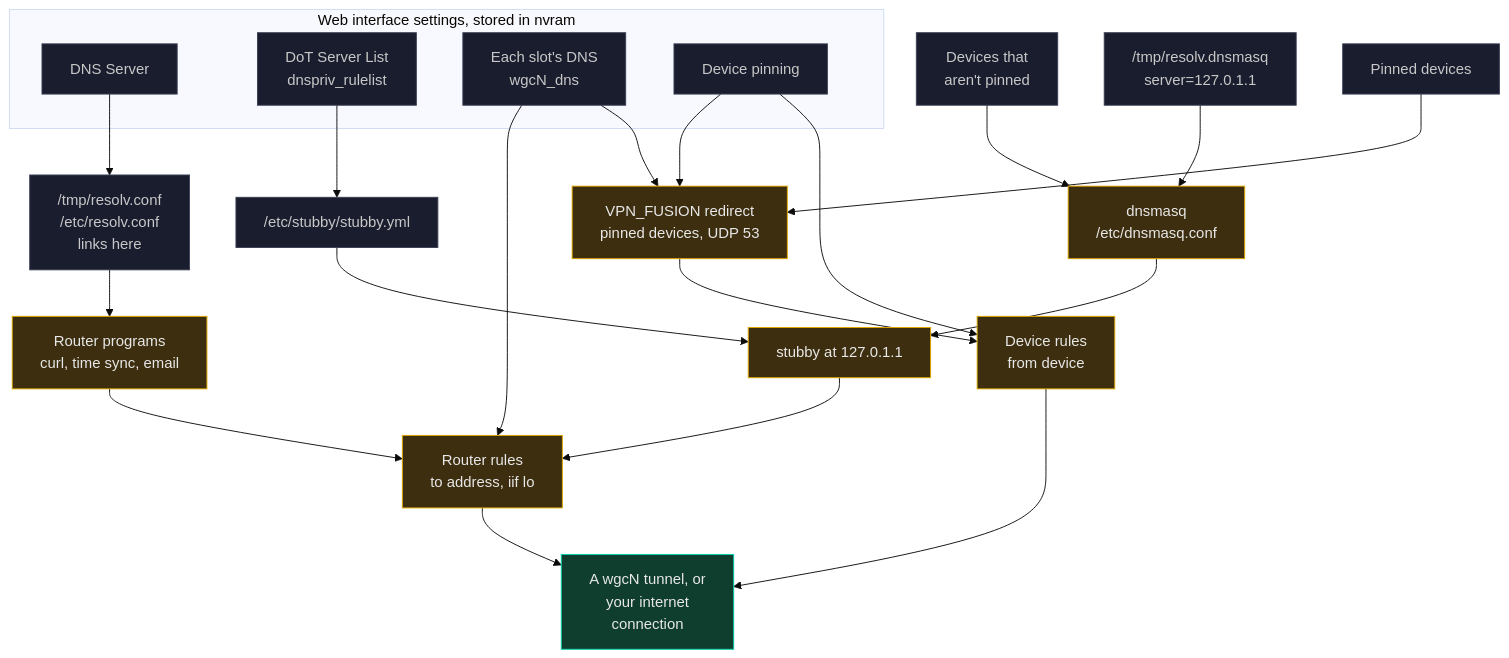
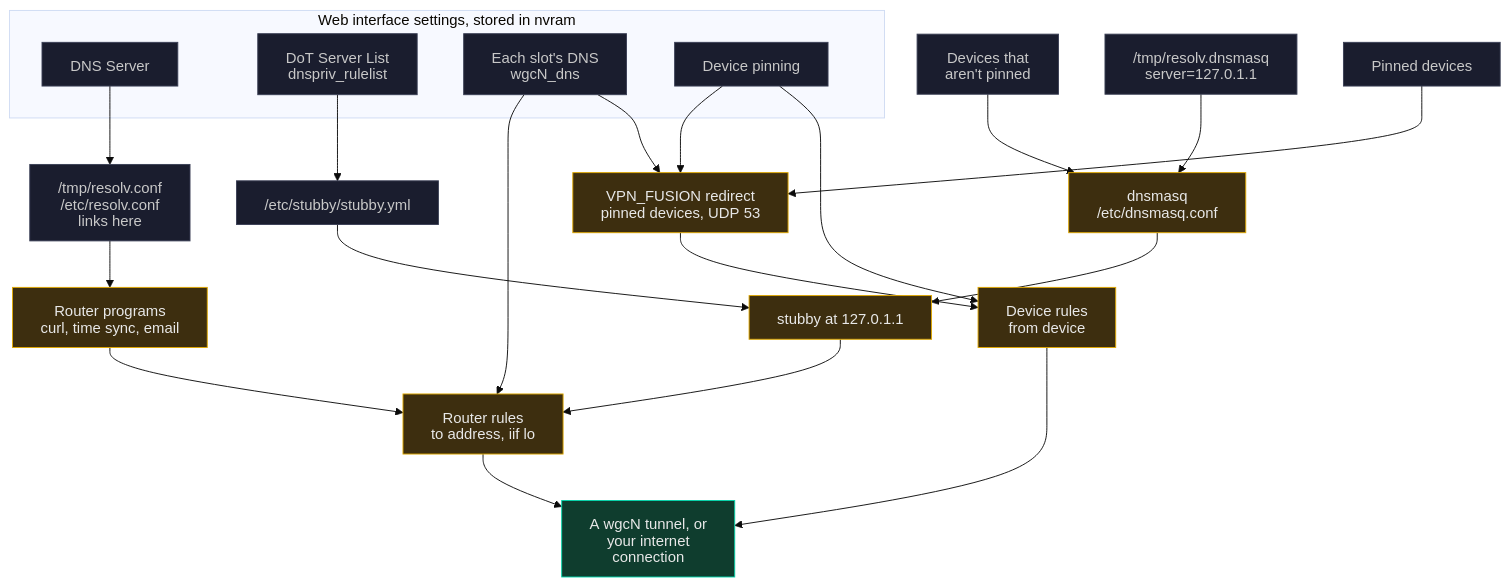
Before and after one commit to ExponentiallyDigital/cfg-pia-wg: the fifth of 5 diagrams in ROUTER-DNS.md, drawn with Mermaid (base theme). The commit also changed other lines of this file and 5 other files, not shown here.

Commit message:
v0.8.188 build 558 - Mermaid labels drawn as SVG text so they aren't clipped on Android, and README test figures updated

````diff
--- a/ROUTER-DNS.md
+++ b/ROUTER-DNS.md
@@ -239,34 +243,35 @@
 ```mermaid
+%%{init: {"htmlLabels": false, "flowchart": {"wrappingWidth": 400}}}%%
 flowchart TB
   subgraph settings ["Web interface settings, stored in nvram"]
     N1["DNS Server"]
     N2["DoT Server List<br/>dnspriv_rulelist"]
     N3["Each slot's DNS<br/>wgcN_dns"]
     N4["Device pinning"]
   end
   N1 --> F1["/tmp/resolv.conf<br/>/etc/resolv.conf<br/>links here"]
   F1 --> RP["Router programs<br/>curl, time sync, email"]
   D["Devices that<br/>aren't pinned"] --> DM["dnsmasq<br/>/etc/dnsmasq.conf"]
   F2["/tmp/resolv.dnsmasq<br/>server=127.0.1.1"] --> DM
   DM --> SB["stubby at 127.0.1.1"]
   N2 --> F3["/etc/stubby/stubby.yml"]
   F3 --> SB
   N3 --> RU["Router rules<br/>to address, iif lo"]
   RP --> RU
   SB --> RU
   RU --> OUT["A wgcN tunnel, or<br/>your internet<br/>connection"]
   N3 --> VF["VPN_FUSION redirect<br/>pinned devices, UDP 53"]
   N4 --> VF
   N4 --> DR["Device rules<br/>from device"]
   PD["Pinned devices"] --> VF
   VF --> DR
   DR --> OUT
 
   classDef go fill:#0F3D2E,stroke:#00D4AA,color:#E8E8E8
   classDef bad fill:#3D1A1A,stroke:#E05252,color:#E8E8E8
   classDef work fill:#3D2E0F,stroke:#E0A800,color:#E8E8E8
   classDef step fill:#1A1D2E,stroke:#3A3F55,color:#C8C8C8
   class N1,N2,N3,N4,F1,F2,F3,D,PD step
   class RP,DM,SB,RU,VF,DR work
   class OUT go
 ```
````
